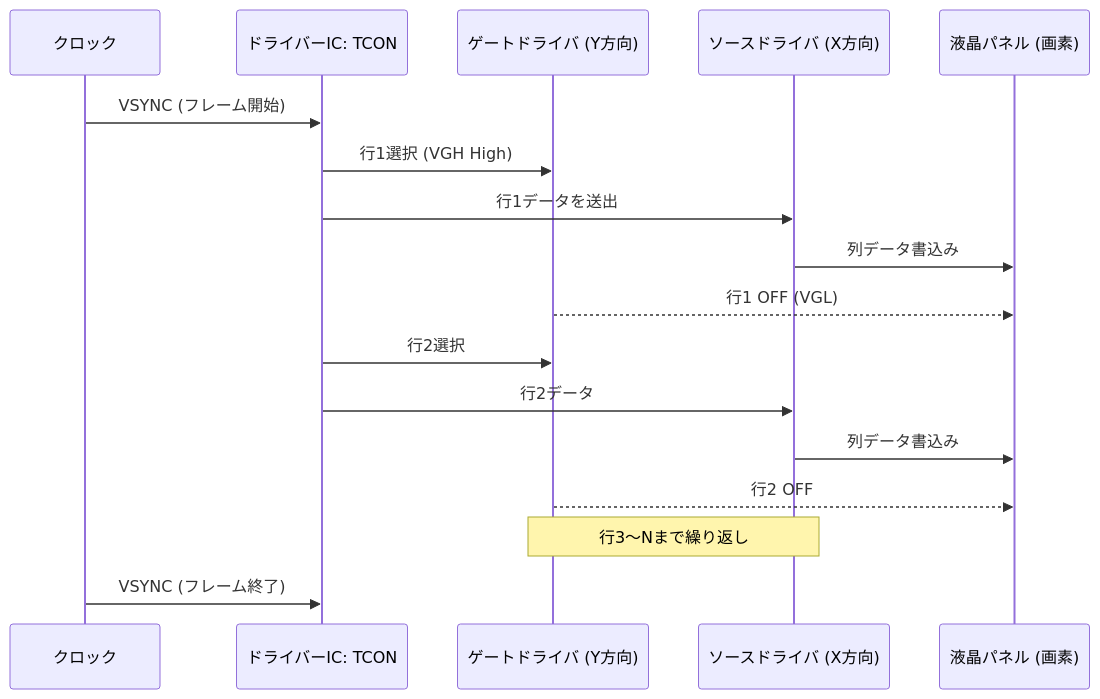
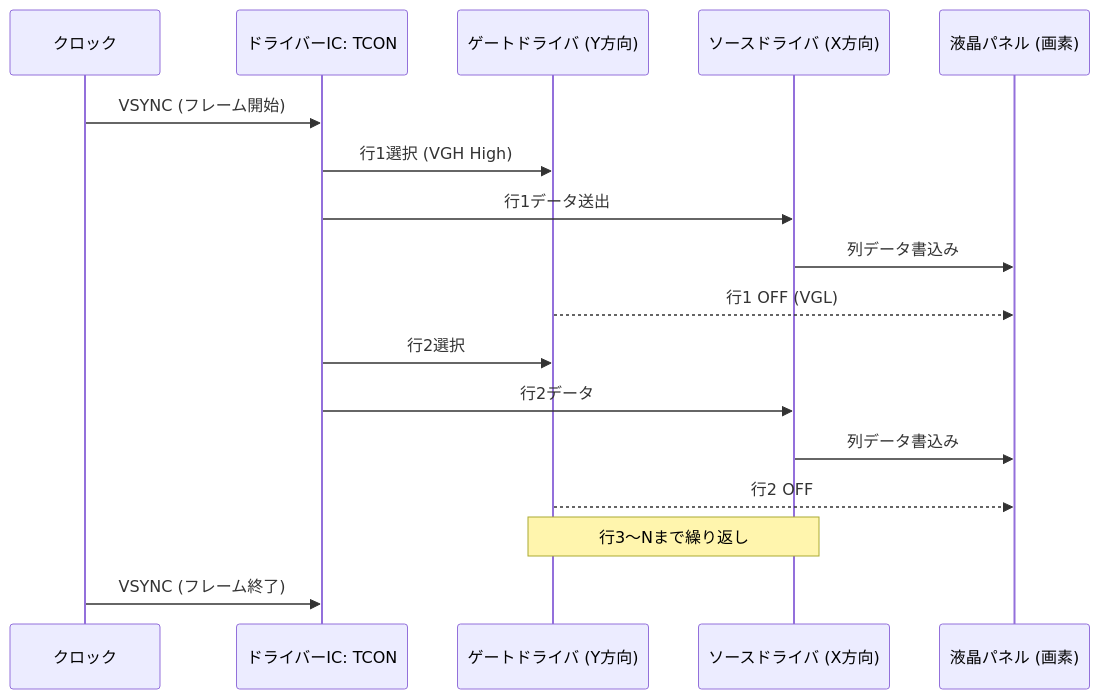
Before and after one commit to Samizo-AITL/Edusemi-v4x: the second of 3 diagrams in d_chapter2_high_voltage_devices/lcd_driver.md, drawn with Mermaid. The commit also changed other lines of this file, not shown here.

````diff
--- a/d_chapter2_high_voltage_devices/lcd_driver.md
+++ b/d_chapter2_high_voltage_devices/lcd_driver.md
@@ -139,23 +126,23 @@
 ```mermaid
 sequenceDiagram
     participant CLK as クロック
     participant TCON as ドライバーIC: TCON
     participant Gate as ゲートドライバ (Y方向)
     participant Source as ソースドライバ (X方向)
     participant Panel as 液晶パネル (画素)
 
     CLK->>TCON: VSYNC (フレーム開始)
     TCON->>Gate: 行1選択 (VGH High)
-    TCON->>Source: 行1データを送出
+    TCON->>Source: 行1データ送出
     Source->>Panel: 列データ書込み
     Gate-->>Panel: 行1 OFF (VGL)
 
     TCON->>Gate: 行2選択
     TCON->>Source: 行2データ
     Source->>Panel: 列データ書込み
     Gate-->>Panel: 行2 OFF
 
     Note over Gate,Source: 行3〜Nまで繰り返し
 
     CLK->>TCON: VSYNC (フレーム終了)
 ```
````
